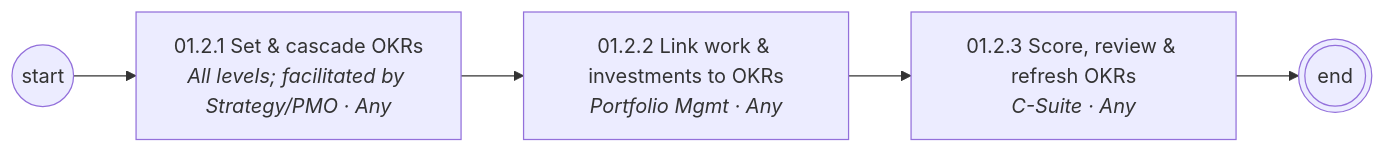
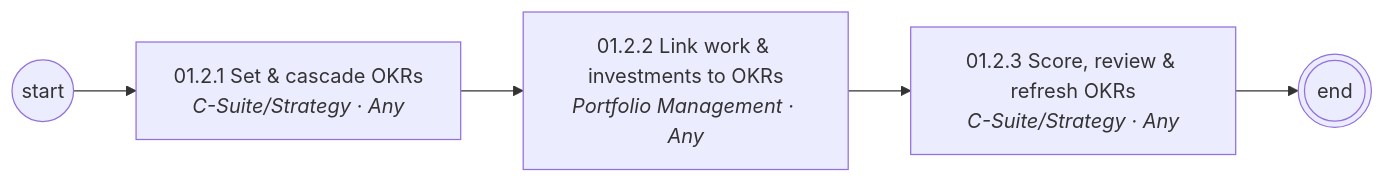
Before and after one commit to corbyjames/apptio-process-catalog: the third of 3 diagrams in diagrams/mermaid/area-01.md, drawn with Mermaid. The commit also changed other lines of this file and 251 other files, not shown here.

````diff
--- a/diagrams/mermaid/area-01.md
+++ b/diagrams/mermaid/area-01.md
@@ -33,11 +33,11 @@
 ```mermaid
 flowchart LR
   S((start))
-  N01_2_1["01.2.1 Set & cascade OKRs<br/><i>All levels; facilitated by Strategy/PMO · Any</i>"]
+  N01_2_1["01.2.1 Set & cascade OKRs<br/><i>C-Suite/Strategy · Any</i>"]
   S --> N01_2_1
-  N01_2_2["01.2.2 Link work & investments to OKRs<br/><i>Portfolio Mgmt · Any</i>"]
+  N01_2_2["01.2.2 Link work & investments to OKRs<br/><i>Portfolio Management · Any</i>"]
   N01_2_1 --> N01_2_2
-  N01_2_3["01.2.3 Score, review & refresh OKRs<br/><i>C-Suite · Any</i>"]
+  N01_2_3["01.2.3 Score, review & refresh OKRs<br/><i>C-Suite/Strategy · Any</i>"]
   N01_2_2 --> N01_2_3
   N01_2_3 --> E(((end)))
 ```
````
